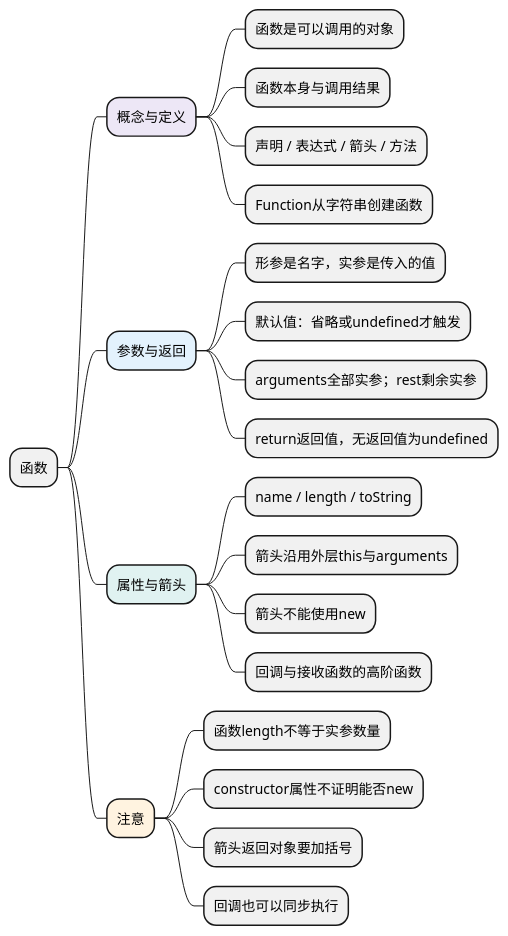
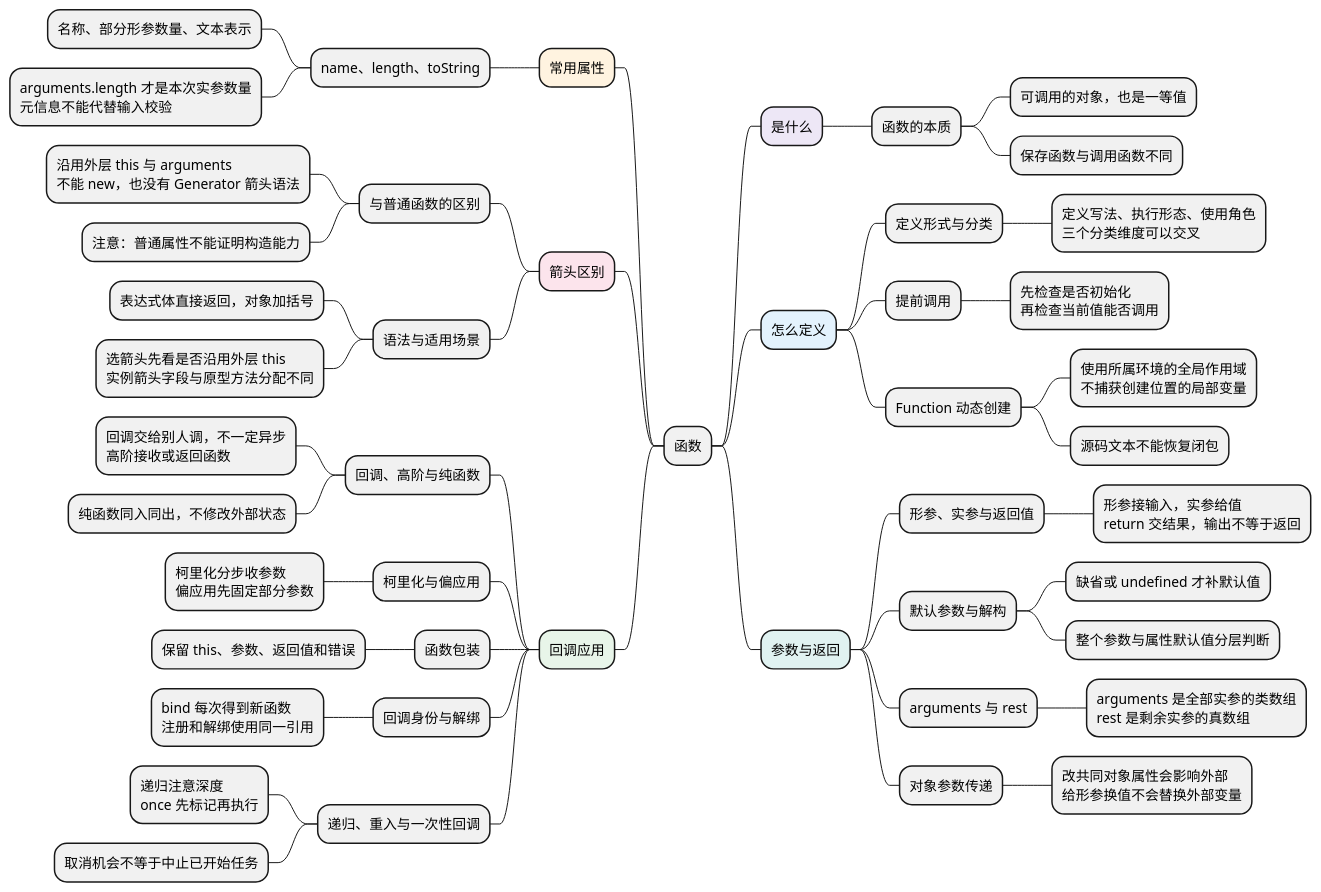
The diagram in docs/AI前端全栈教材/01_JavaScript/02_运行基础/examples/c03-mindmap.puml (chenx18/JAVA), drawn with PlantUML before and after one commit. The commit also changed 38 other files, not shown here.

Commit message:
docs: 补充 JavaScript 知识点导图与面试复习总结

```diff
--- a/docs/AI前端全栈教材/01_JavaScript/02_运行基础/examples/c03-mindmap.puml
+++ b/docs/AI前端全栈教材/01_JavaScript/02_运行基础/examples/c03-mindmap.puml
@@ -1,30 +1,56 @@
 @startmindmap
 skinparam defaultFontName Microsoft YaHei
 skinparam defaultFontSize 14
 skinparam dpi 100
 skinparam backgroundColor white
 skinparam shadowing false
 
 * 函数
-**[#EDE7F6] 概念与定义
-*** 函数是可以调用的对象
-*** 函数本身与调用结果
-*** 声明 / 表达式 / 箭头 / 方法
-*** Function从字符串创建函数
-**[#E3F2FD] 参数与返回
-*** 形参是名字，实参是传入的值
-*** 默认值：省略或undefined才触发
-*** arguments全部实参；rest剩余实参
-*** return返回值，无返回值为undefined
-**[#E0F2F1] 属性与箭头
-*** name / length / toString
-*** 箭头沿用外层this与arguments
-*** 箭头不能使用new
-*** 回调与接收函数的高阶函数
-**[#FFF3E0] 注意
-*** 函数length不等于实参数量
-*** constructor属性不证明能否new
-*** 箭头返回对象要加括号
-*** 回调也可以同步执行
-
+**[#EDE7F6] 是什么
+*** 函数的本质
+**** 可调用的对象，也是一等值
+**** 保存函数与调用函数不同
+**[#E3F2FD] 怎么定义
+*** 定义形式与分类
+**** 定义写法、执行形态、使用角色\n三个分类维度可以交叉
+*** 提前调用
+**** 先检查是否初始化\n再检查当前值能否调用
+*** Function 动态创建
+**** 使用所属环境的全局作用域\n不捕获创建位置的局部变量
+**** 源码文本不能恢复闭包
+**[#E0F2F1] 参数与返回
+*** 形参、实参与返回值
+**** 形参接输入，实参给值\nreturn 交结果，输出不等于返回
+*** 默认参数与解构
+**** 缺省或 undefined 才补默认值
+**** 整个参数与属性默认值分层判断
+*** arguments 与 rest
+**** arguments 是全部实参的类数组\nrest 是剩余实参的真数组
+*** 对象参数传递
+**** 改共同对象属性会影响外部\n给形参换值不会替换外部变量
+left side
+**[#FFF3E0] 常用属性
+*** name、length、toString
+**** 名称、部分形参数量、文本表示
+**** arguments.length 才是本次实参数量\n元信息不能代替输入校验
+**[#FCE4EC] 箭头区别
+*** 与普通函数的区别
+**** 沿用外层 this 与 arguments\n不能 new，也没有 Generator 箭头语法
+**** 注意：普通属性不能证明构造能力
+*** 语法与适用场景
+**** 表达式体直接返回，对象加括号
+**** 选箭头先看是否沿用外层 this\n实例箭头字段与原型方法分配不同
+**[#E8F5E9] 回调应用
+*** 回调、高阶与纯函数
+**** 回调交给别人调，不一定异步\n高阶接收或返回函数
+**** 纯函数同入同出，不修改外部状态
+*** 柯里化与偏应用
+**** 柯里化分步收参数\n偏应用先固定部分参数
+*** 函数包装
+**** 保留 this、参数、返回值和错误
+*** 回调身份与解绑
+**** bind 每次得到新函数\n注册和解绑使用同一引用
+*** 递归、重入与一次性回调
+**** 递归注意深度\nonce 先标记再执行
+**** 取消机会不等于中止已开始任务
 @endmindmap
```
